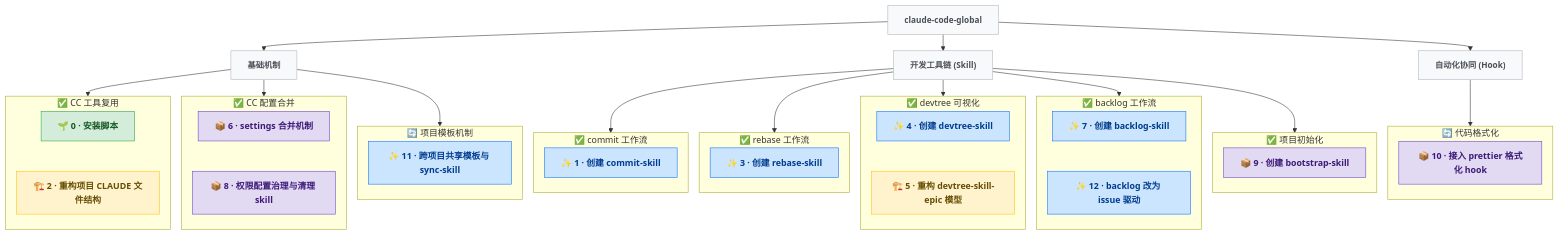
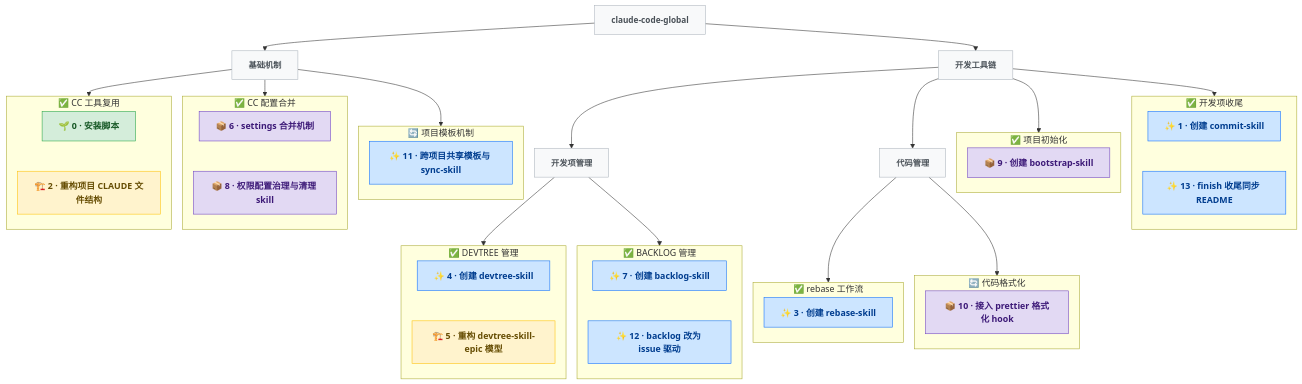
The diagram in docs/DEVTREE.md (pkulijing/claude-code-global), drawn with Mermaid before and after one commit. The commit also changed other lines of this file and 6 other files, not shown here.

````diff
--- a/docs/DEVTREE.md
+++ b/docs/DEVTREE.md
@@ -18,78 +18,81 @@
 ```mermaid
 %%{init: {'flowchart': {'rankSpacing': 30, 'nodeSpacing': 20}}}%%
 graph TD
   classDef genesis  fill:#d4edda,stroke:#28a745,color:#155724,font-weight:bold
   classDef feature  fill:#cce5ff,stroke:#0d6efd,color:#003d8f,font-weight:bold
   classDef bugfix   fill:#f8d7da,stroke:#dc3545,color:#721c24,font-weight:bold
   classDef refactor fill:#fff3cd,stroke:#ffc107,color:#664d03,font-weight:bold
   classDef infra    fill:#e2d9f3,stroke:#6f42c1,color:#3d1a78,font-weight:bold
   classDef research fill:#e2e3e5,stroke:#6c757d,color:#383d41,font-weight:bold
   classDef epic     fill:#f8f9fa,stroke:#adb5bd,color:#495057,font-weight:bold,font-size:15px
 
   ROOT["claude-code-global"]:::epic
   ROOT --> base["基础机制"]:::epic
-  ROOT --> toolchain["开发工具链 (Skill)"]:::epic
-  ROOT --> automation["自动化协同 (Hook)"]:::epic
+  ROOT --> toolchain["开发工具链"]:::epic
   base --> e_cc_reuse
   base --> e_cc_merge
   base --> e_template
-  toolchain --> e_commit
-  toolchain --> e_rebase
-  toolchain --> e_devtree
-  toolchain --> e_backlog
   toolchain --> e_bootstrap
-  automation --> e_format
+  toolchain --> e_finish
+  toolchain --> devmgmt["开发项管理"]:::epic
+  toolchain --> codemgmt["代码管理"]:::epic
+  devmgmt --> e_devtree
+  devmgmt --> e_backlog
+  codemgmt --> e_rebase
+  codemgmt --> e_format
 
   subgraph e_cc_reuse["✅ CC 工具复用"]
     direction TB
     N0["🌱 0 · 安装脚本"]:::genesis
     N2["🏗️ 2 · 重构项目 CLAUDE 文件结构"]:::refactor
     N0 ~~~ N2
   end
 
   subgraph e_cc_merge["✅ CC 配置合并"]
     direction TB
     N6["📦 6 · settings 合并机制"]:::infra
     N8["📦 8 · 权限配置治理与清理 skill"]:::infra
     N6 ~~~ N8
   end
 
   subgraph e_template["🔄 项目模板机制"]
     direction TB
     N11["✨ 11 · 跨项目共享模板与 sync-skill"]:::feature
   end
 
-  subgraph e_commit["✅ commit 工作流"]
+  subgraph e_bootstrap["✅ 项目初始化"]
+    direction TB
+    N9["📦 9 · 创建 bootstrap-skill"]:::infra
+  end
+
+  subgraph e_finish["✅ 开发项收尾"]
     direction TB
     N1["✨ 1 · 创建 commit-skill"]:::feature
+    N13["✨ 13 · finish 收尾同步 README"]:::feature
+    N1 ~~~ N13
+  end
+
+  subgraph e_devtree["✅ DEVTREE 管理"]
+    direction TB
+    N4["✨ 4 · 创建 devtree-skill"]:::feature
+    N5["🏗️ 5 · 重构 devtree-skill-epic 模型"]:::refactor
+    N4 ~~~ N5
+  end
+
+  subgraph e_backlog["✅ BACKLOG 管理"]
+    direction TB
+    N7["✨ 7 · 创建 backlog-skill"]:::feature
+    N12["✨ 12 · backlog 改为 issue 驱动"]:::feature
+    N7 ~~~ N12
   end
 
   subgraph e_rebase["✅ rebase 工作流"]
     direction TB
     N3["✨ 3 · 创建 rebase-skill"]:::feature
   end
 
-  subgraph e_devtree["✅ devtree 可视化"]
-    direction TB
-    N4["✨ 4 · 创建 devtree-skill"]:::feature
-    N5["🏗️ 5 · 重构 devtree-skill-epic 模型"]:::refactor
-    N4 ~~~ N5
-  end
-
-  subgraph e_backlog["✅ backlog 工作流"]
-    direction TB
-    N7["✨ 7 · 创建 backlog-skill"]:::feature
-    N12["✨ 12 · backlog 改为 issue 驱动"]:::feature
-    N7 ~~~ N12
-  end
-
-  subgraph e_bootstrap["✅ 项目初始化"]
-    direction TB
-    N9["📦 9 · 创建 bootstrap-skill"]:::infra
-  end
-
   subgraph e_format["🔄 代码格式化"]
     direction TB
     N10["📦 10 · 接入 prettier 格式化 hook"]:::infra
   end
 ```
````
